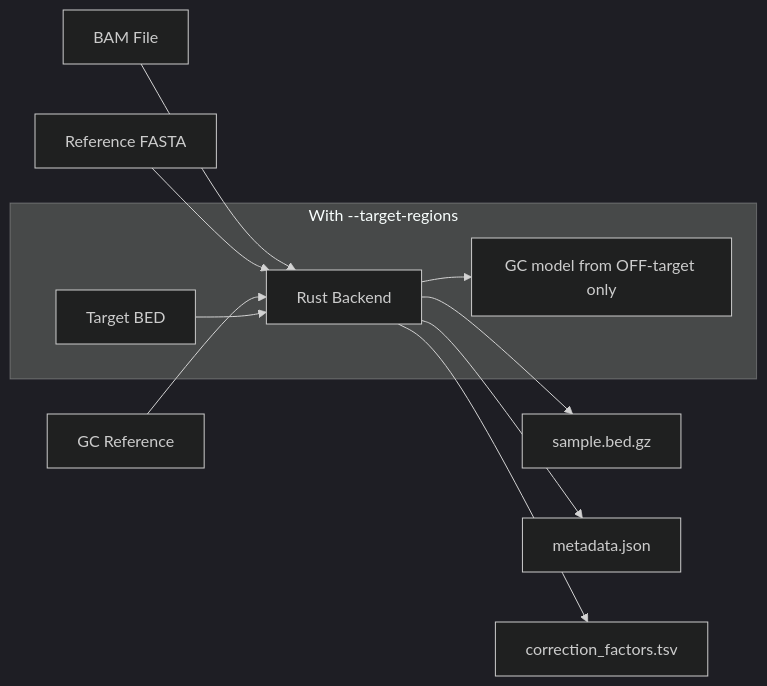
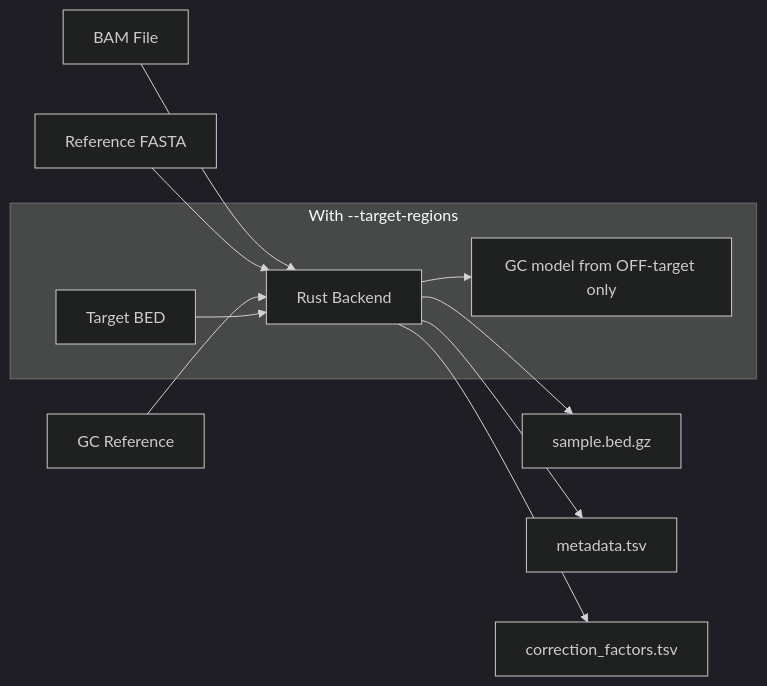
The first of 2 diagrams in docs/features/core/extract.md (msk-access/krewlyzer), drawn with Mermaid (dark theme) before and after one commit. The commit also changed other lines of this file and 11 other files, not shown here.

````diff
--- a/docs/features/core/extract.md
+++ b/docs/features/core/extract.md
@@ -20,15 +20,15 @@
 ```mermaid
 flowchart LR
     BAM[BAM File] --> RUST[Rust Backend]
     REF[Reference FASTA] --> RUST
     GC_REF[GC Reference] --> RUST
     
     RUST --> BED["sample.bed.gz"]
-    RUST --> META["metadata.json"]
+    RUST --> META["metadata.tsv"]
     RUST --> FACTORS["correction_factors.tsv"]
     
     subgraph "With --target-regions"
         TARGETS[Target BED] --> RUST
         RUST --> GC_OFF["GC model from OFF-target only"]
     end
 ```
````
